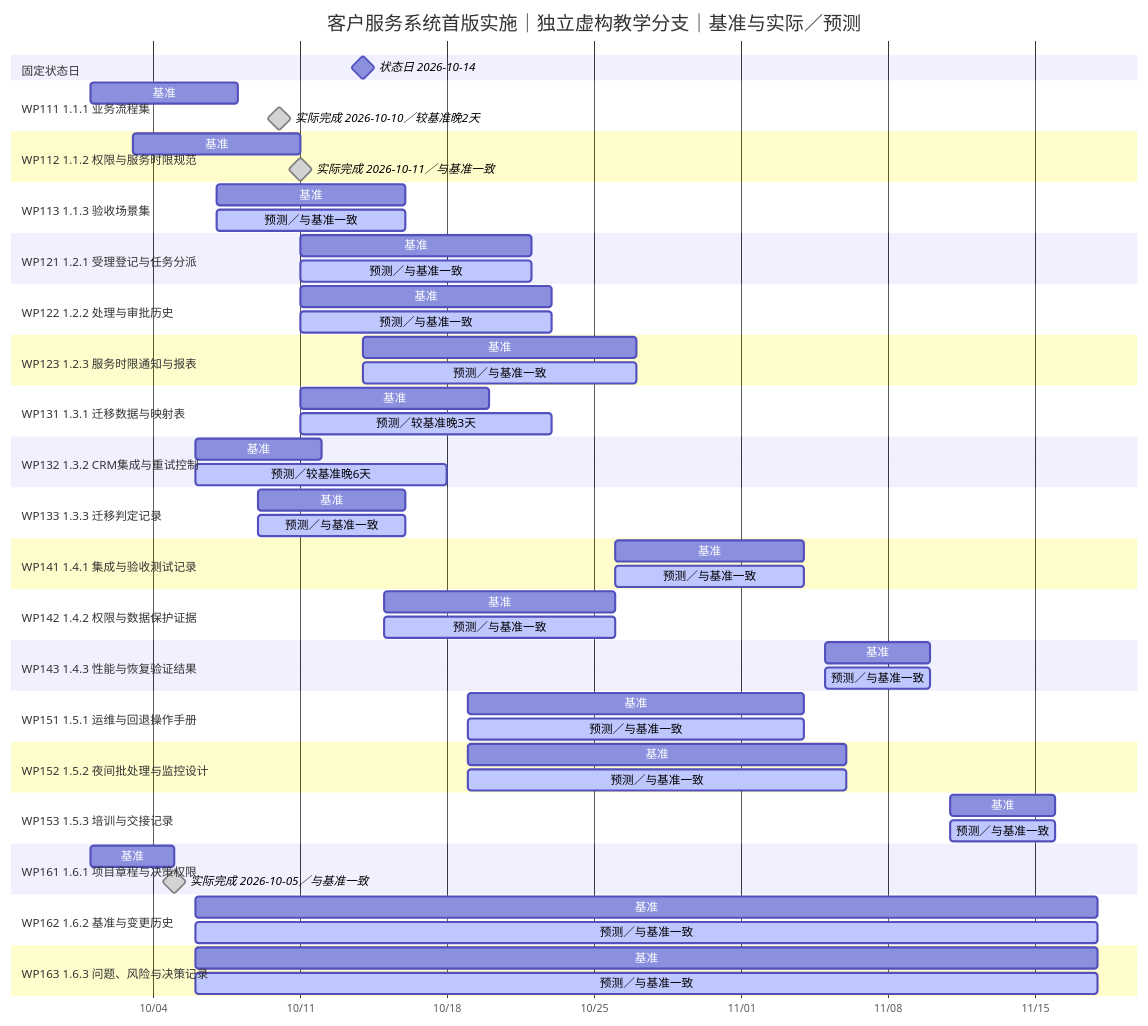
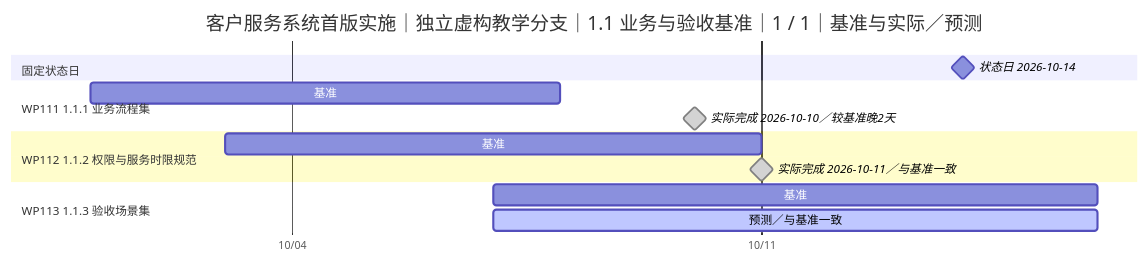
One commit to dfzzq719/kobo-diagrams changed the diagram in docs/assets/pm-update-zh-CN/initial/sources/schedule.mmd. Above: the diagram before and after it, drawn with Mermaid. The commit also changed 242 other files, not shown here.

Commit message:
fix: make PM diagrams scalable and diagnose render failures

```diff
--- a/docs/assets/pm-update-zh-CN/initial/sources/schedule.mmd
+++ b/docs/assets/pm-update-zh-CN/initial/sources/schedule.mmd
@@ -1,63 +1,18 @@
 gantt
-  title 客户服务系统首版实施｜独立虚构教学分支｜基准与实际／预测
+  title 客户服务系统首版实施｜独立虚构教学分支｜1.1 业务与验收基准｜1 / 1｜基准与实际／预测
   dateFormat YYYY-MM-DD
   axisFormat %m/%d
   tickInterval 1week
   todayMarker off
-  %% taskobo-gantt-status {"schema":"taskobo.gantt-status/v1","calendar":"calendar-days","asOf":"2026-10-14","statusMarker":"status_date","items":[{"baseline":"b0","current":"c0","baselineEnd":"2026-10-08","finish":"2026-10-10","stage":"done"},{"baseline":"b1","current":"c1","baselineEnd":"2026-10-11","finish":"2026-10-11","stage":"done"},{"baseline":"b2","current":"c2","baselineEnd":"2026-10-16","finish":"2026-10-16","stage":"forecast"},{"baseline":"b3","current":"c3","baselineEnd":"2026-10-22","finish":"2026-10-22","stage":"forecast"},{"baseline":"b4","current":"c4","baselineEnd":"2026-10-23","finish":"2026-10-23","stage":"forecast"},{"baseline":"b5","current":"c5","baselineEnd":"2026-10-27","finish":"2026-10-27","stage":"forecast"},{"baseline":"b6","current":"c6","baselineEnd":"2026-10-20","finish":"2026-10-23","stage":"forecast"},{"baseline":"b7","current":"c7","baselineEnd":"2026-10-12","finish":"2026-10-18","stage":"forecast"},{"baseline":"b8","current":"c8","baselineEnd":"2026-10-16","finish":"2026-10-16","stage":"forecast"},{"baseline":"b9","current":"c9","baselineEnd":"2026-11-04","finish":"2026-11-04","stage":"forecast"},{"baseline":"b10","current":"c10","baselineEnd":"2026-10-26","finish":"2026-10-26","stage":"forecast"},{"baseline":"b11","current":"c11","baselineEnd":"2026-11-10","finish":"2026-11-10","stage":"forecast"},{"baseline":"b12","current":"c12","baselineEnd":"2026-11-04","finish":"2026-11-04","stage":"forecast"},{"baseline":"b13","current":"c13","baselineEnd":"2026-11-06","finish":"2026-11-06","stage":"forecast"},{"baseline":"b14","current":"c14","baselineEnd":"2026-11-16","finish":"2026-11-16","stage":"forecast"},{"baseline":"b15","current":"c15","baselineEnd":"2026-10-05","finish":"2026-10-05","stage":"done"},{"baseline":"b16","current":"c16","baselineEnd":"2026-11-18","finish":"2026-11-18","stage":"forecast"},{"baseline":"b17","current":"c17","baselineEnd":"2026-11-18","finish":"2026-11-18","stage":"forecast"}],"plannedTasks":[]}
+  %% taskobo-gantt-status {"schema":"taskobo.gantt-status/v1","calendar":"calendar-days","asOf":"2026-10-14","statusMarker":"status_date","items":[{"baseline":"b0","current":"c0","baselineEnd":"2026-10-08","finish":"2026-10-10","stage":"done"},{"baseline":"b1","current":"c1","baselineEnd":"2026-10-11","finish":"2026-10-11","stage":"done"},{"baseline":"b2","current":"c2","baselineEnd":"2026-10-16","finish":"2026-10-16","stage":"forecast"}],"plannedTasks":[]}
   section 固定状态日
   状态日 2026-10-14 :milestone, status_date, 2026-10-14, 0d
   section WP111 1.1.1 业务流程集
   基准 :b0, 2026-10-01, 2026-10-08
   实际完成 2026-10-10／较基准晚2天 :done, milestone, c0, 2026-10-10, 2026-10-10
   section WP112 1.1.2 权限与服务时限规范
   基准 :b1, 2026-10-03, 2026-10-11
   实际完成 2026-10-11／与基准一致 :done, milestone, c1, 2026-10-11, 2026-10-11
   section WP113 1.1.3 验收场景集
   基准 :b2, 2026-10-07, 2026-10-16
   预测／与基准一致 :active, c2, 2026-10-07, 2026-10-16
-  section WP121 1.2.1 受理登记与任务分派
-  基准 :b3, 2026-10-11, 2026-10-22
-  预测／与基准一致 :active, c3, 2026-10-11, 2026-10-22
-  section WP122 1.2.2 处理与审批历史
-  基准 :b4, 2026-10-11, 2026-10-23
-  预测／与基准一致 :active, c4, 2026-10-11, 2026-10-23
-  section WP123 1.2.3 服务时限通知与报表
-  基准 :b5, 2026-10-14, 2026-10-27
-  预测／与基准一致 :active, c5, 2026-10-14, 2026-10-27
-  section WP131 1.3.1 迁移数据与映射表
-  基准 :b6, 2026-10-11, 2026-10-20
-  预测／较基准晚3天 :active, c6, 2026-10-11, 2026-10-23
-  section WP132 1.3.2 CRM集成与重试控制
-  基准 :b7, 2026-10-06, 2026-10-12
-  预测／较基准晚6天 :active, c7, 2026-10-06, 2026-10-18
-  section WP133 1.3.3 迁移判定记录
-  基准 :b8, 2026-10-09, 2026-10-16
-  预测／与基准一致 :active, c8, 2026-10-09, 2026-10-16
-  section WP141 1.4.1 集成与验收测试记录
-  基准 :b9, 2026-10-26, 2026-11-04
-  预测／与基准一致 :active, c9, 2026-10-26, 2026-11-04
-  section WP142 1.4.2 权限与数据保护证据
-  基准 :b10, 2026-10-15, 2026-10-26
-  预测／与基准一致 :active, c10, 2026-10-15, 2026-10-26
-  section WP143 1.4.3 性能与恢复验证结果
-  基准 :b11, 2026-11-05, 2026-11-10
-  预测／与基准一致 :active, c11, 2026-11-05, 2026-11-10
-  section WP151 1.5.1 运维与回退操作手册
-  基准 :b12, 2026-10-19, 2026-11-04
-  预测／与基准一致 :active, c12, 2026-10-19, 2026-11-04
-  section WP152 1.5.2 夜间批处理与监控设计
-  基准 :b13, 2026-10-19, 2026-11-06
-  预测／与基准一致 :active, c13, 2026-10-19, 2026-11-06
-  section WP153 1.5.3 培训与交接记录
-  基准 :b14, 2026-11-11, 2026-11-16
-  预测／与基准一致 :active, c14, 2026-11-11, 2026-11-16
-  section WP161 1.6.1 项目章程与决策权限
-  基准 :b15, 2026-10-01, 2026-10-05
-  实际完成 2026-10-05／与基准一致 :done, milestone, c15, 2026-10-05, 2026-10-05
-  section WP162 1.6.2 基准与变更历史
-  基准 :b16, 2026-10-06, 2026-11-18
-  预测／与基准一致 :active, c16, 2026-10-06, 2026-11-18
-  section WP163 1.6.3 问题、风险与决策记录
-  基准 :b17, 2026-10-06, 2026-11-18
-  预测／与基准一致 :active, c17, 2026-10-06, 2026-11-18
```
